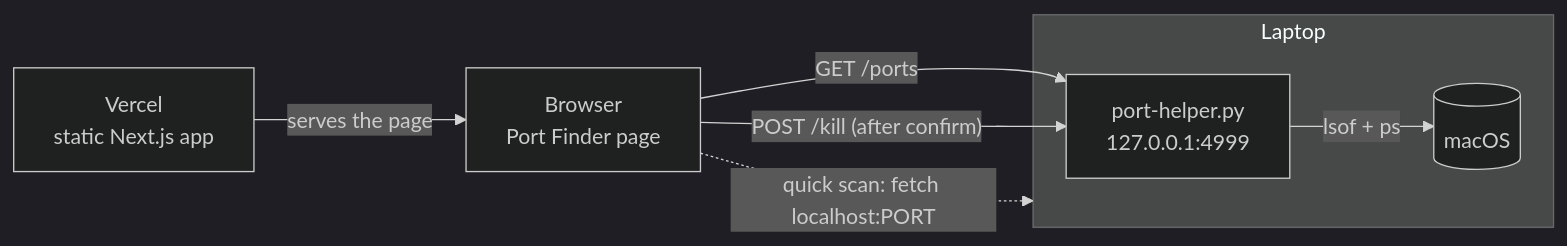
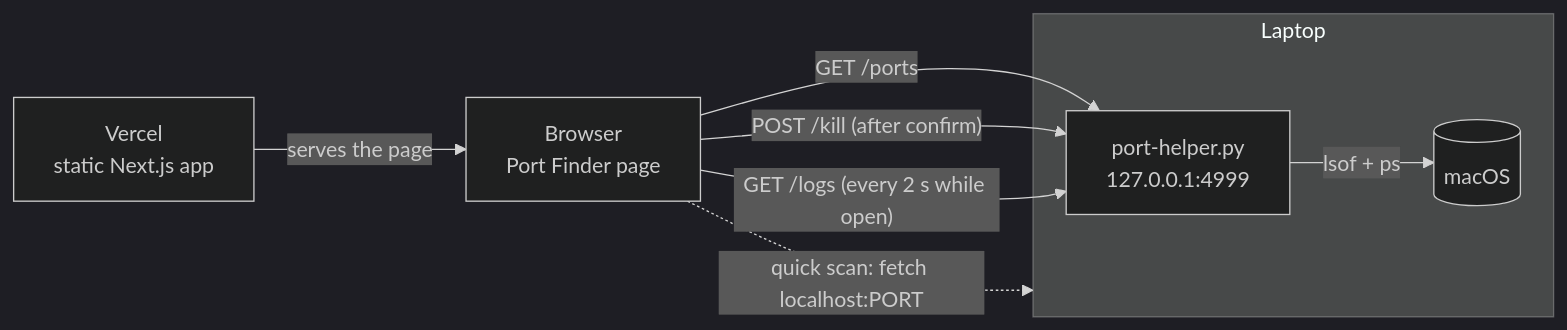
The diagram in README.md (Balaji91221/port-finder), drawn with Mermaid (dark theme) before and after one commit. The commit also changed other lines of this file and 17 other files, not shown here.

First line of the commit message:
Add live Logs panel for every port

````diff
--- a/README.md
+++ b/README.md
@@ -70,10 +70,11 @@
 ```mermaid
 flowchart LR
   subgraph Laptop
     H["port-helper.py<br/>127.0.0.1:4999"] -->|lsof + ps| OS[(macOS)]
   end
   B["Browser<br/>Port Finder page"] -->|"GET /ports"| H
   B -->|"POST /kill (after confirm)"| H
+  B -->|"GET /logs (every 2 s while open)"| H
   B -.->|"quick scan: fetch localhost:PORT"| Laptop
   V["Vercel<br/>static Next.js app"] -->|serves the page| B
 ```
````
